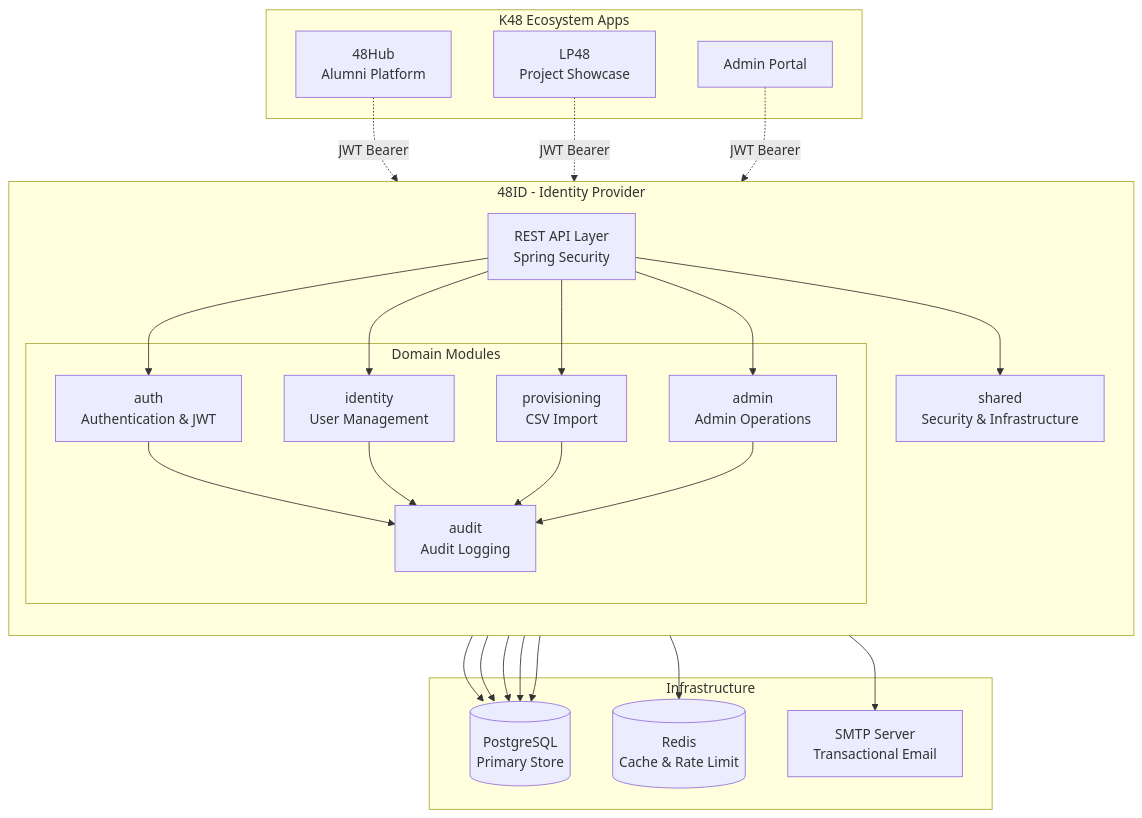
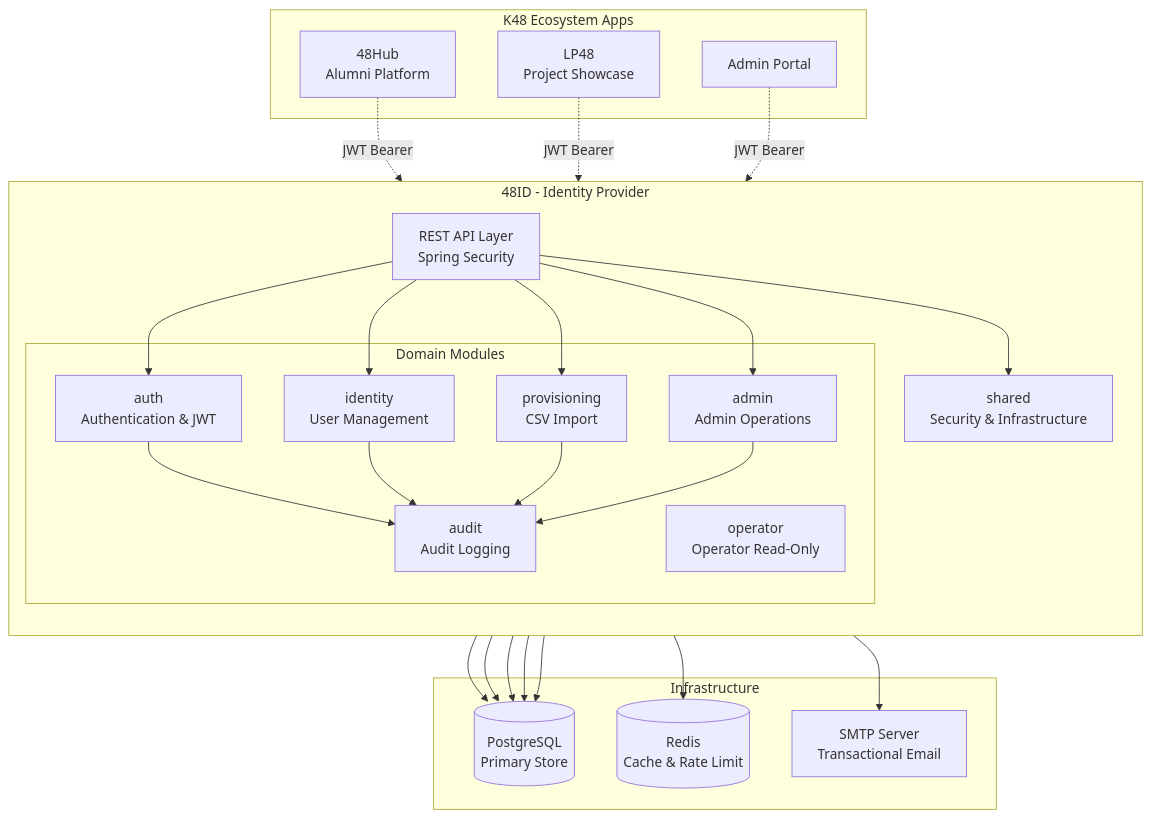
The first of 6 diagrams in docs/guide/architecture.md (mrvin100/48id), drawn with Mermaid before and after one commit. The commit also changed other lines of this file and 1 other file, not shown here.

Commit message:
docs: update architecture.md with Sprint 4 changes — operator module, matricule validation, V8 migration (WEB-S4-BE-01, WEB-S4-BE-02, WEB-S4-BE-05)

````diff
--- a/docs/guide/architecture.md
+++ b/docs/guide/architecture.md
@@ -7,53 +7,54 @@
 ```mermaid
 graph TB
     subgraph "K48 Ecosystem Apps"
         Hub[48Hub<br/>Alumni Platform]
         LP[LP48<br/>Project Showcase]
         Admin[Admin Portal]
     end
 
     subgraph "48ID - Identity Provider"
         direction TB
         API[REST API Layer<br/>Spring Security]
         
         subgraph "Domain Modules"
             Auth[auth<br/>Authentication & JWT]
             Identity[identity<br/>User Management]
             Provisioning[provisioning<br/>CSV Import]
             AdminMod[admin<br/>Admin Operations]
+            Operator[operator<br/>Operator Read-Only]
             Audit[audit<br/>Audit Logging]
         end
         
         Shared[shared<br/>Security & Infrastructure]
     end
 
     subgraph "Infrastructure"
         PG[(PostgreSQL<br/>Primary Store)]
         Redis[(Redis<br/>Cache & Rate Limit)]
         SMTP[SMTP Server<br/>Transactional Email]
     end
 
     Hub -.->|JWT Bearer| API
     LP -.->|JWT Bearer| API
     Admin -.->|JWT Bearer| API
     
     API --> Auth
     API --> Identity
     API --> Provisioning
     API --> AdminMod
     
     Auth --> Audit
     Identity --> Audit
     Provisioning --> Audit
     AdminMod --> Audit
     
     Auth --> PG
     Identity --> PG
     Provisioning --> PG
     AdminMod --> PG
     Audit --> PG
     
     API --> Redis
     Auth --> SMTP
     API --> Shared
 ```
````
